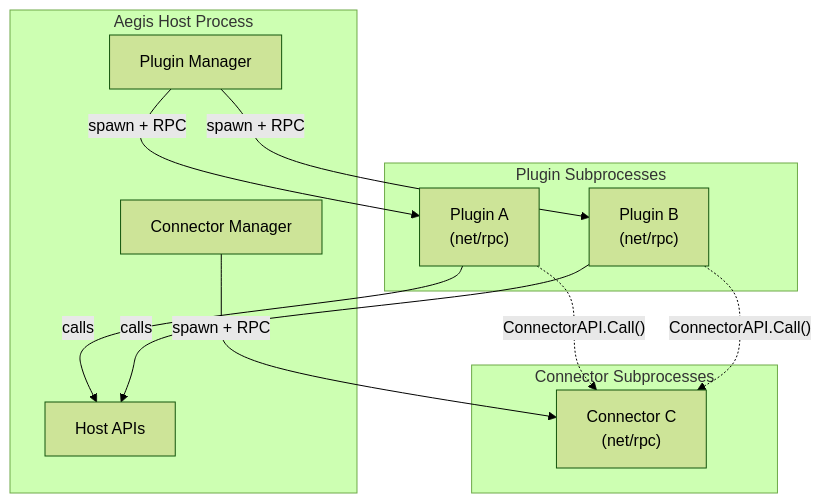
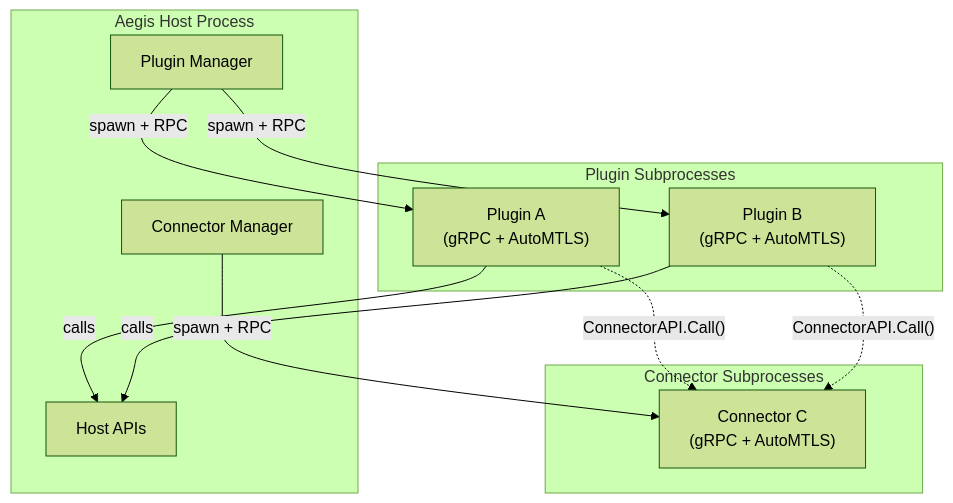
One commit to Codycody31/squad-aegis changed the first of 2 diagrams in docs/content/docs/developers/native-plugins-connectors.md. Above: the diagram before and after it, drawn with Mermaid (forest theme). The commit also changed other lines of this file and 29 other files, not shown here.

Commit message:
checkpoint: migrate plugin/connector IPC to gRPC + AutoMTLS

````diff
--- a/docs/content/docs/developers/native-plugins-connectors.md
+++ b/docs/content/docs/developers/native-plugins-connectors.md
@@ -26,26 +26,26 @@
 ```mermaid
 graph TB
     subgraph host["Aegis Host Process"]
         PM["Plugin Manager"]
         CM["Connector Manager"]
         HA["Host APIs"]
     end
 
     subgraph plugins["Plugin Subprocesses"]
-        P1["Plugin A<br/>(net/rpc)"]
-        P2["Plugin B<br/>(net/rpc)"]
+        P1["Plugin A<br/>(gRPC + AutoMTLS)"]
+        P2["Plugin B<br/>(gRPC + AutoMTLS)"]
     end
 
     subgraph connectors["Connector Subprocesses"]
-        C1["Connector C<br/>(net/rpc)"]
+        C1["Connector C<br/>(gRPC + AutoMTLS)"]
     end
 
     PM -->|"spawn + RPC"| P1
     PM -->|"spawn + RPC"| P2
     CM -->|"spawn + RPC"| C1
 
     P1 -->|"calls"| HA
     P2 -->|"calls"| HA
     P1 -.->|"ConnectorAPI.Call()"| C1
     P2 -.->|"ConnectorAPI.Call()"| C1
 ```
````
